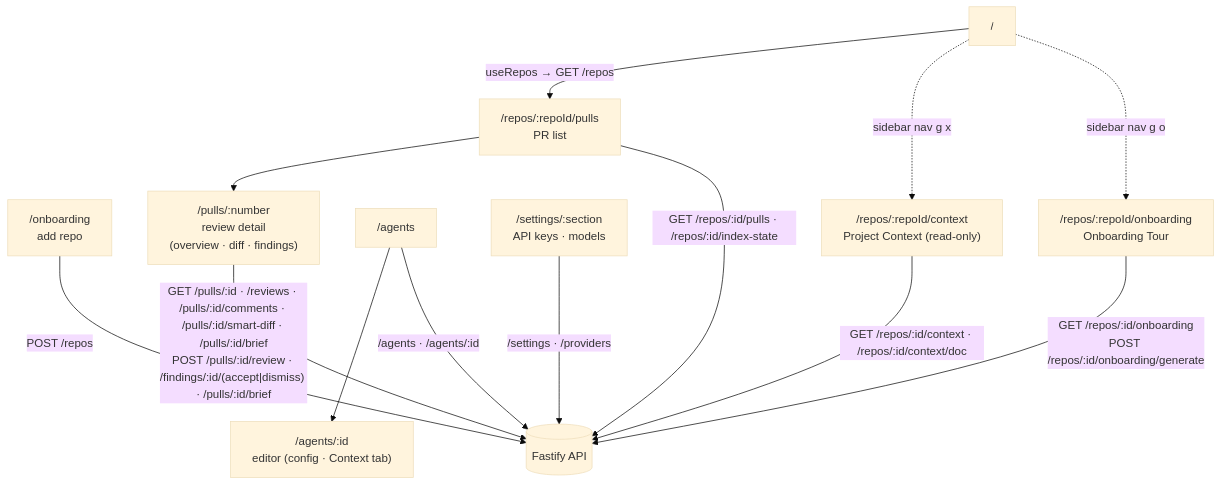
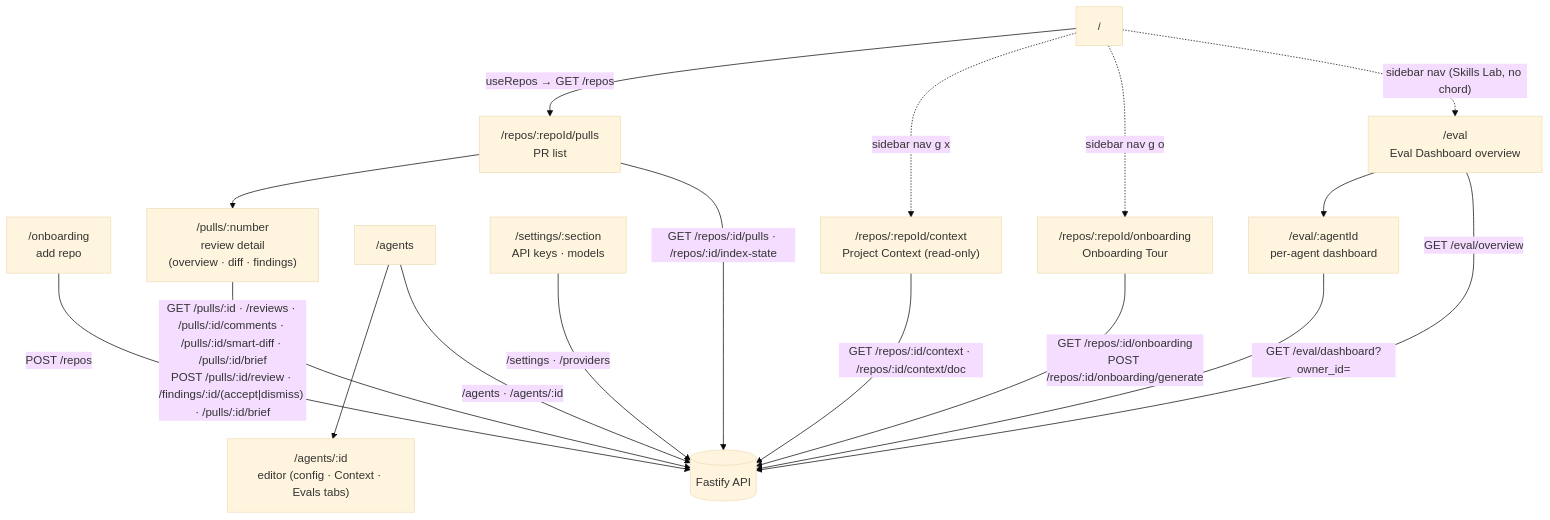
Before and after one commit to GAndriyS/dev-digest: the first of 2 diagrams in client/README.md, drawn with Mermaid (base theme). The commit also changed other lines of this file and 7 other files, not shown here.

First line of the commit message:
docs(evals): route maps, root verify:l06 convention + single error toast

````diff
--- a/client/README.md
+++ b/client/README.md
@@ -24,18 +24,22 @@
 ```mermaid
 flowchart TD
   ROOT["/"] -->|"useRepos → GET /repos"| PULLS["/repos/:repoId/pulls<br/>PR list"]
   ONB["/onboarding<br/>add repo"] -->|"POST /repos"| API[("Fastify API")]
   PULLS --> PR["/pulls/:number<br/>review detail<br/>(overview · diff · findings)"]
 
-  AGENTS["/agents"] --> AGENT["/agents/:id<br/>editor (config · Context tab)"]
+  AGENTS["/agents"] --> AGENT["/agents/:id<br/>editor (config · Context · Evals tabs)"]
   SETTINGS["/settings/:section<br/>API keys · models"]
   ROOT -.->|"sidebar nav g x"| CONTEXT["/repos/:repoId/context<br/>Project Context (read-only)"]
   ROOT -.->|"sidebar nav g o"| ONBOARDING["/repos/:repoId/onboarding<br/>Onboarding Tour"]
+  ROOT -.->|"sidebar nav (Skills Lab, no chord)"| EVAL["/eval<br/>Eval Dashboard overview"]
+  EVAL --> AGENT_EVAL["/eval/:agentId<br/>per-agent dashboard"]
 
   PULLS -->|"GET /repos/:id/pulls · /repos/:id/index-state"| API
   PR -->|"GET /pulls/:id · /reviews · /pulls/:id/comments · /pulls/:id/smart-diff · /pulls/:id/brief<br/>POST /pulls/:id/review · /findings/:id/(accept|dismiss) · /pulls/:id/brief"| API
   AGENTS -->|"/agents · /agents/:id"| API
   SETTINGS -->|"/settings · /providers"| API
   CONTEXT -->|"GET /repos/:id/context · /repos/:id/context/doc"| API
   ONBOARDING -->|"GET /repos/:id/onboarding<br/>POST /repos/:id/onboarding/generate"| API
+  EVAL -->|"GET /eval/overview"| API
+  AGENT_EVAL -->|"GET /eval/dashboard?owner_id="| API
 ```
````
